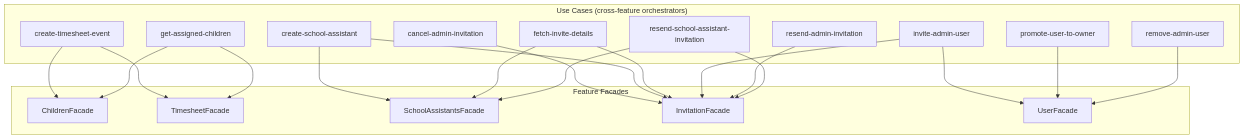
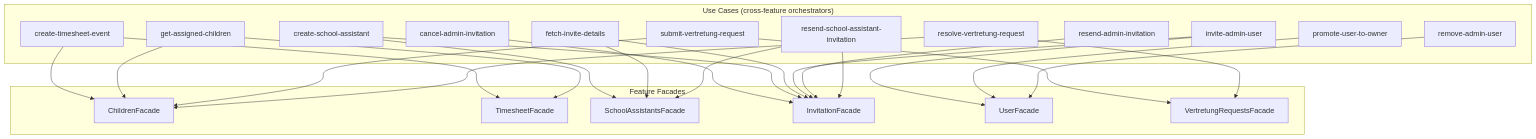
The first of 3 diagrams in docs/architecture/dependency-graph.md (coding-for-change/lebenshilfe), drawn with Mermaid before and after one commit. The commit also changed other lines of this file and 21 other files, not shown here.

````diff
--- a/docs/architecture/dependency-graph.md
+++ b/docs/architecture/dependency-graph.md
@@ -8,40 +8,47 @@
 ```mermaid
 graph TD
     subgraph "Use Cases (cross-feature orchestrators)"
         UC_cancelInvite[cancel-admin-invitation]
         UC_createSA[create-school-assistant]
         UC_createEvent[create-timesheet-event]
         UC_fetchInvite[fetch-invite-details]
         UC_getChildren[get-assigned-children]
         UC_inviteAdmin[invite-admin-user]
         UC_promote[promote-user-to-owner]
         UC_removeAdmin[remove-admin-user]
         UC_resendAdmin[resend-admin-invitation]
         UC_resendSA[resend-school-assistant-invitation]
+        UC_submitVR[submit-vertretung-request]
+        UC_resolveVR[resolve-vertretung-request]
     end
 
     subgraph "Feature Facades"
         F_children[ChildrenFacade]
         F_timesheet[TimesheetFacade]
         F_sa[SchoolAssistantsFacade]
         F_invitation[InvitationFacade]
         F_user[UserFacade]
+        F_vr[VertretungRequestsFacade]
     end
 
     UC_cancelInvite --> F_invitation
     UC_createSA --> F_invitation
     UC_createSA --> F_sa
     UC_createEvent --> F_children
     UC_createEvent --> F_timesheet
     UC_fetchInvite --> F_invitation
     UC_fetchInvite --> F_sa
     UC_getChildren --> F_children
     UC_getChildren --> F_timesheet
     UC_inviteAdmin --> F_invitation
     UC_inviteAdmin --> F_user
     UC_promote --> F_user
     UC_removeAdmin --> F_user
     UC_resendAdmin --> F_invitation
     UC_resendSA --> F_invitation
     UC_resendSA --> F_sa
+    UC_submitVR --> F_children
+    UC_submitVR --> F_vr
+    UC_resolveVR --> F_children
+    UC_resolveVR --> F_vr
 ```
````
